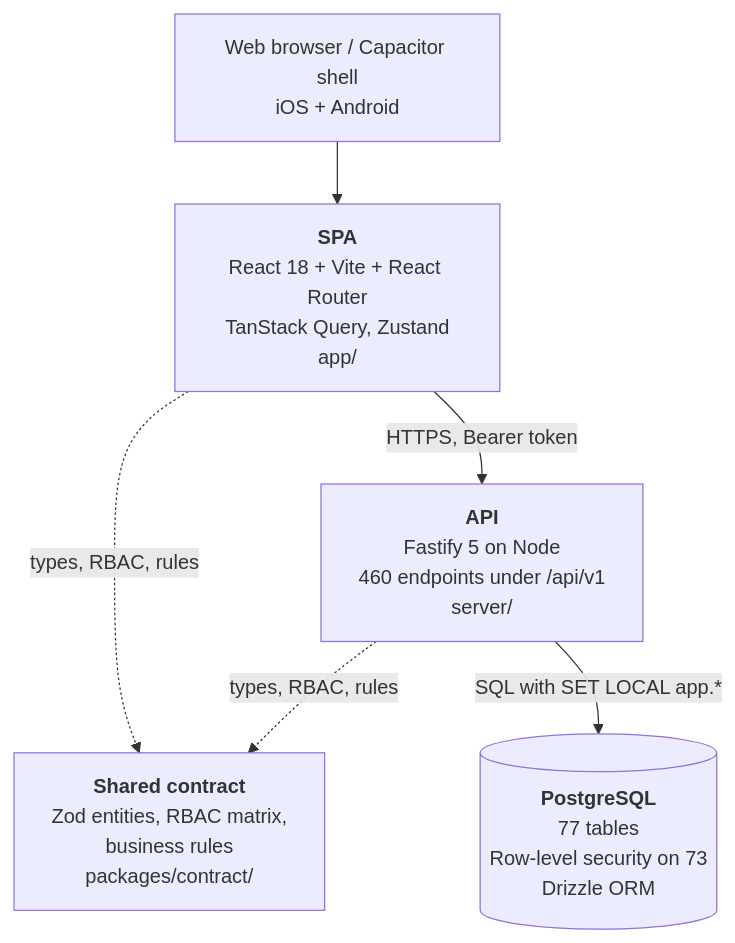
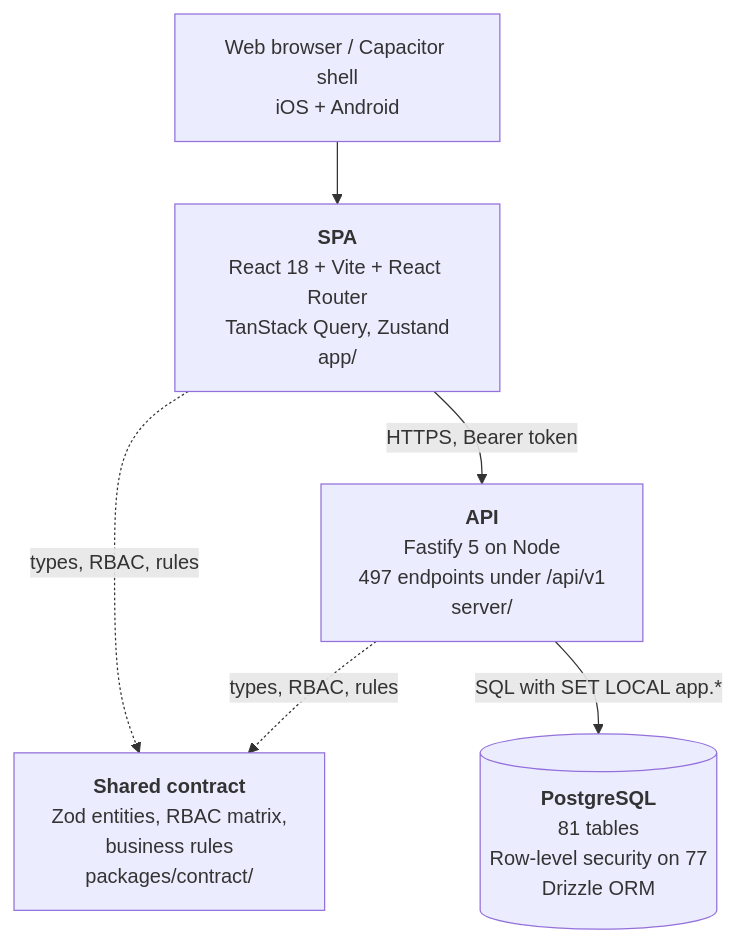
One commit to tazamohd/SlClNe changed the second of 4 diagrams in docs/15_C4_ARCHITECTURE_DIAGRAMS/C4_MODEL.md. Above: the diagram before and after it, drawn with Mermaid. The commit also changed other lines of this file and 65 other files, not shown here.

````diff
--- a/docs/15_C4_ARCHITECTURE_DIAGRAMS/C4_MODEL.md
+++ b/docs/15_C4_ARCHITECTURE_DIAGRAMS/C4_MODEL.md
@@ -42,13 +42,13 @@
 ```mermaid
 flowchart TB
   browser["Web browser / Capacitor shell<br/>iOS + Android"]
   spa["<b>SPA</b><br/>React 18 + Vite + React Router<br/>TanStack Query, Zustand<br/>app/"]
-  api["<b>API</b><br/>Fastify 5 on Node<br/>460 endpoints under /api/v1<br/>server/"]
+  api["<b>API</b><br/>Fastify 5 on Node<br/>497 endpoints under /api/v1<br/>server/"]
   contract["<b>Shared contract</b><br/>Zod entities, RBAC matrix,<br/>business rules<br/>packages/contract/"]
-  db[("<b>PostgreSQL</b><br/>77 tables<br/>Row-level security on 73<br/>Drizzle ORM")]
+  db[("<b>PostgreSQL</b><br/>81 tables<br/>Row-level security on 77<br/>Drizzle ORM")]
   browser --> spa
   spa -->|"HTTPS, Bearer token"| api
   spa -.->|"types, RBAC, rules"| contract
   api -.->|"types, RBAC, rules"| contract
   api -->|"SQL with SET LOCAL app.*"| db
 ```
````
